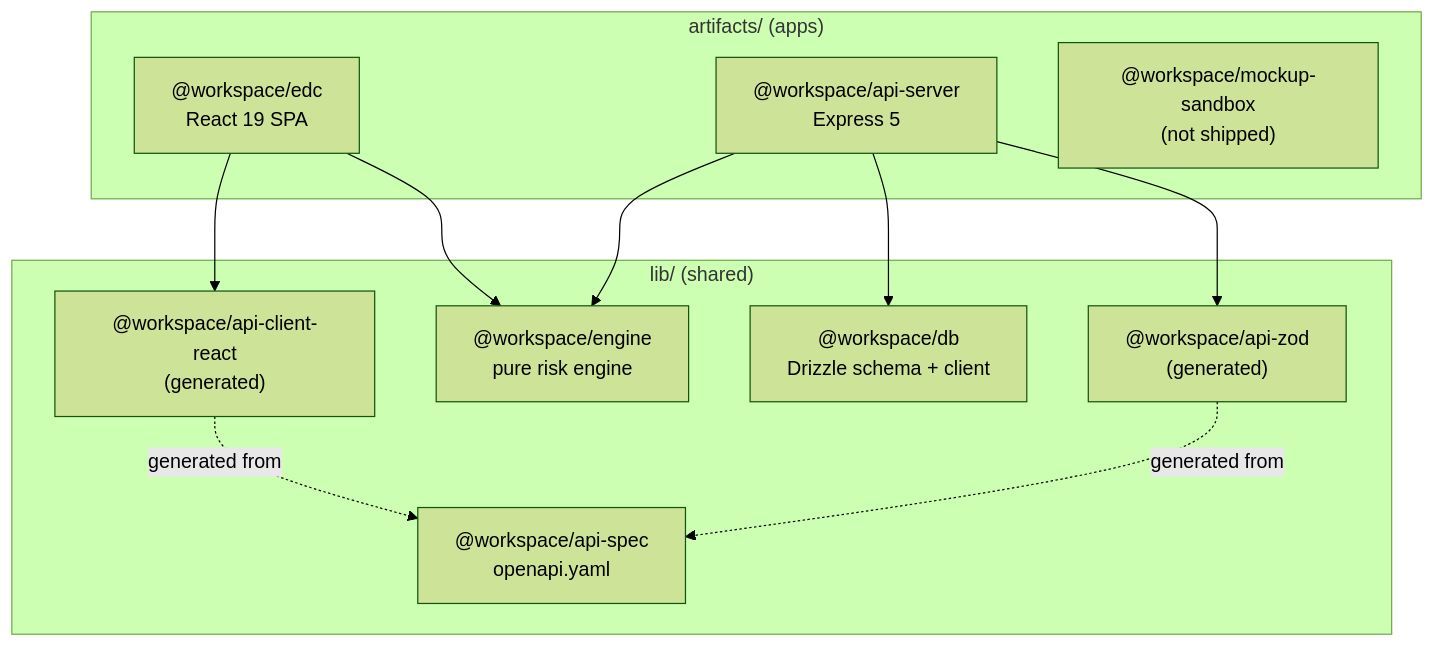
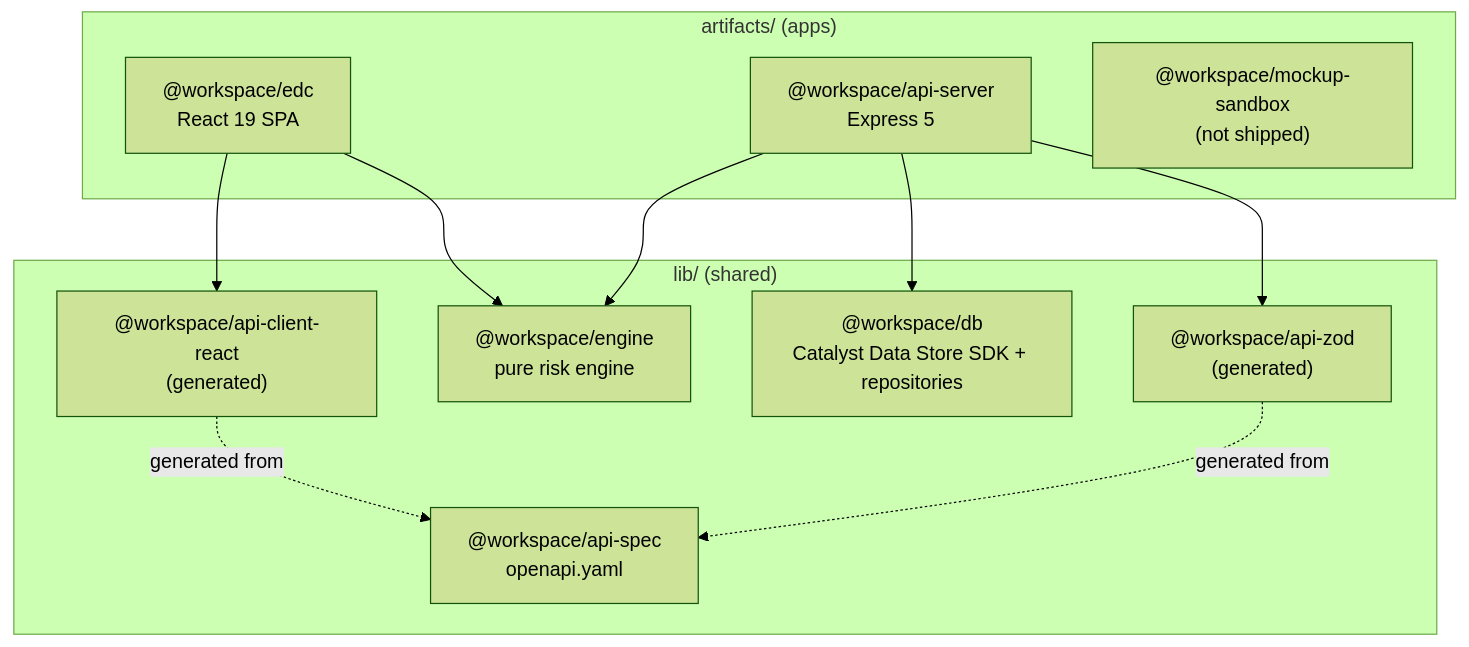
Before and after one commit to dwaipayan-g-6158/enterprise-deal-commander: the first of 4 diagrams in docs/architecture.md, drawn with Mermaid (forest theme). The commit also changed other lines of this file and 2 other files, not shown here.

Commit message:
docs: fix architecture/data-model docs' Postgres/Drizzle staleness post-Catalyst-migration

````diff
--- a/docs/architecture.md
+++ b/docs/architecture.md
@@ -32,23 +48,23 @@
 ```mermaid
 graph TD
     subgraph apps["artifacts/ (apps)"]
         EDC["@workspace/edc<br/>React 19 SPA"]
         API["@workspace/api-server<br/>Express 5"]
         MOCK["@workspace/mockup-sandbox<br/>(not shipped)"]
     end
     subgraph libs["lib/ (shared)"]
         ENGINE["@workspace/engine<br/>pure risk engine"]
-        DB["@workspace/db<br/>Drizzle schema + client"]
+        DB["@workspace/db<br/>Catalyst Data Store SDK + repositories"]
         SPEC["@workspace/api-spec<br/>openapi.yaml"]
         ZOD["@workspace/api-zod<br/>(generated)"]
         HOOKS["@workspace/api-client-react<br/>(generated)"]
     end
 
     EDC --> HOOKS
     EDC --> ENGINE
     API --> ENGINE
     API --> DB
     API --> ZOD
     HOOKS -. generated from .-> SPEC
     ZOD -. generated from .-> SPEC
 ```
````
